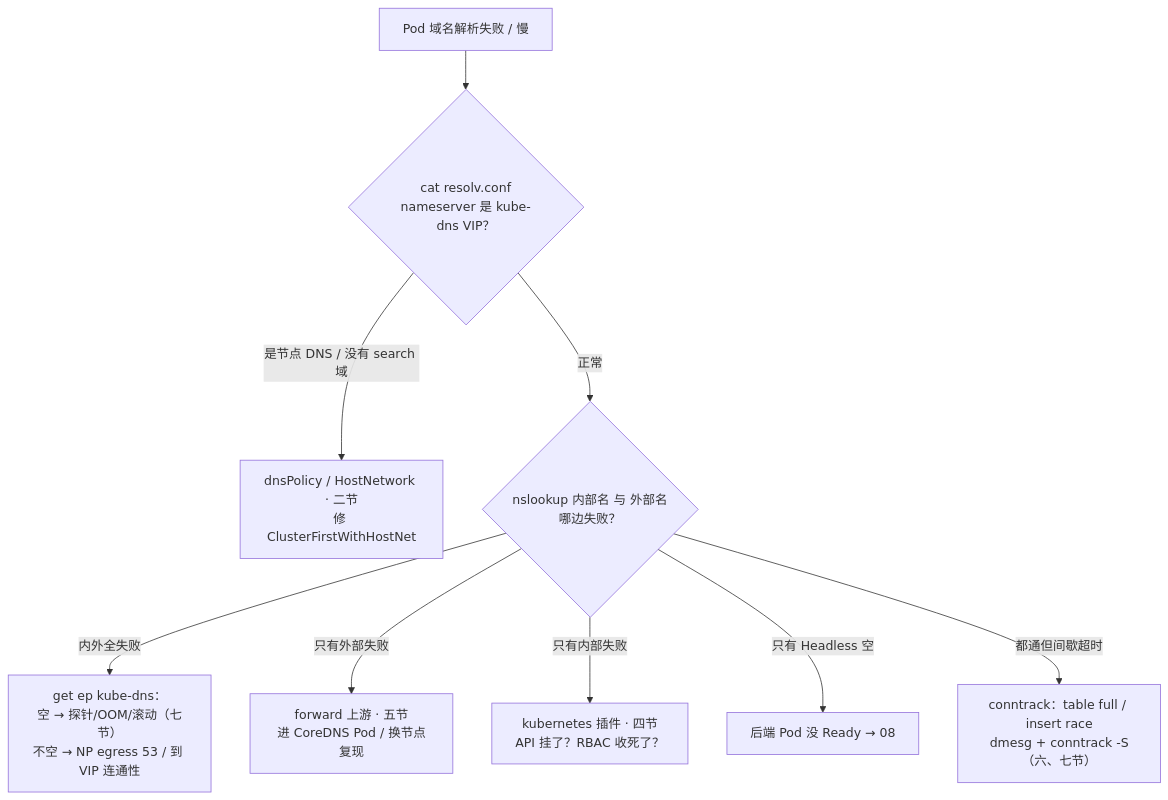
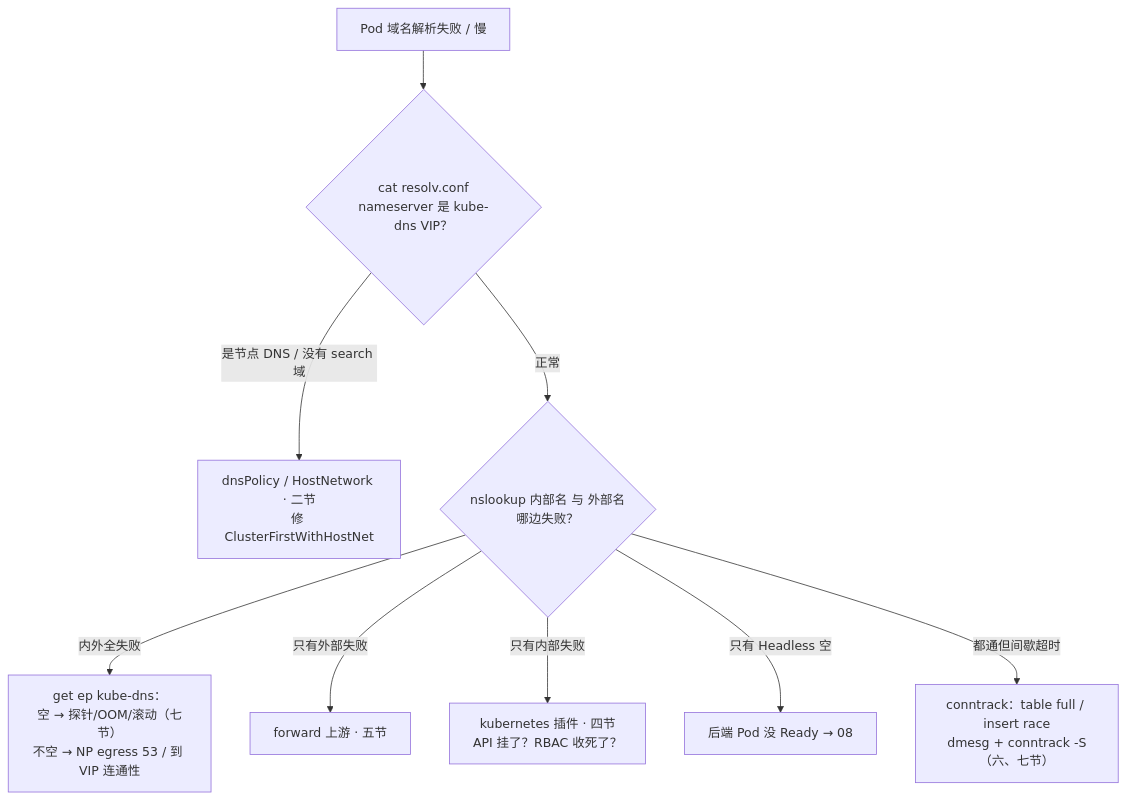
The fifth of 5 diagrams in 03-Kubernetes/09-CoreDNS/知识点.md (ml-cuizijun/LearnToLilith), drawn with Mermaid before and after one commit. The commit also changed other lines of this file and 178 other files, not shown here.

````diff
--- a/03-Kubernetes/09-CoreDNS/知识点.md
+++ b/03-Kubernetes/09-CoreDNS/知识点.md
@@ -479,11 +444,11 @@
 ```mermaid
 flowchart TB
     A["Pod 域名解析失败 / 慢"] --> B{"cat resolv.conf<br/>nameserver 是 kube-dns VIP？"}
     B -->|"是节点 DNS / 没有 search 域"| C["dnsPolicy / HostNetwork · 二节<br/>修 ClusterFirstWithHostNet"]
     B -->|正常| D{"nslookup 内部名 与 外部名<br/>哪边失败？"}
     D -->|"内外全失败"| E["get ep kube-dns：<br/>空 → 探针/OOM/滚动（七节）<br/>不空 → NP egress 53 / 到 VIP 连通性"]
-    D -->|"只有外部失败"| F["forward 上游 · 五节<br/>进 CoreDNS Pod / 换节点复现"]
+    D -->|"只有外部失败"| F["forward 上游 · 五节"]
     D -->|"只有内部失败"| G["kubernetes 插件 · 四节<br/>API 挂了？RBAC 收死了？"]
     D -->|"只有 Headless 空"| H["后端 Pod 没 Ready → 08"]
     D -->|"都通但间歇超时"| I["conntrack：table full / insert race<br/>dmesg + conntrack -S（六、七节）"]
 ```
````
